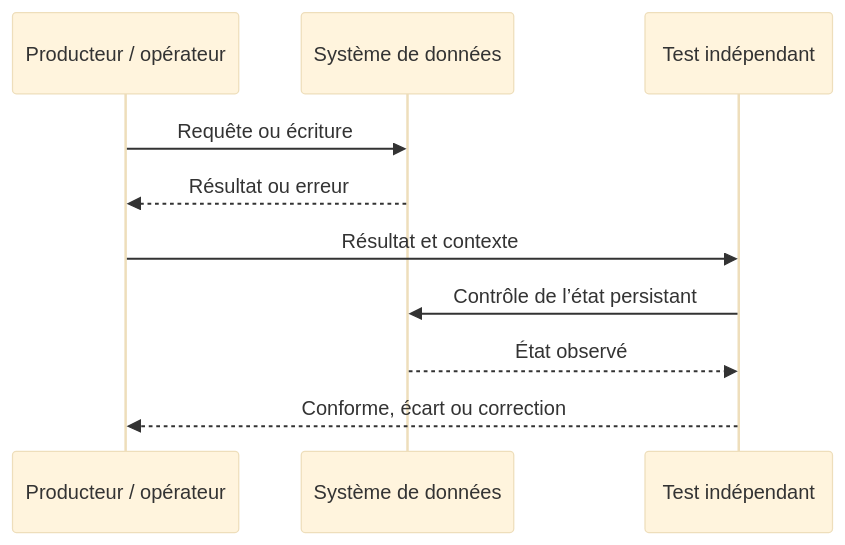
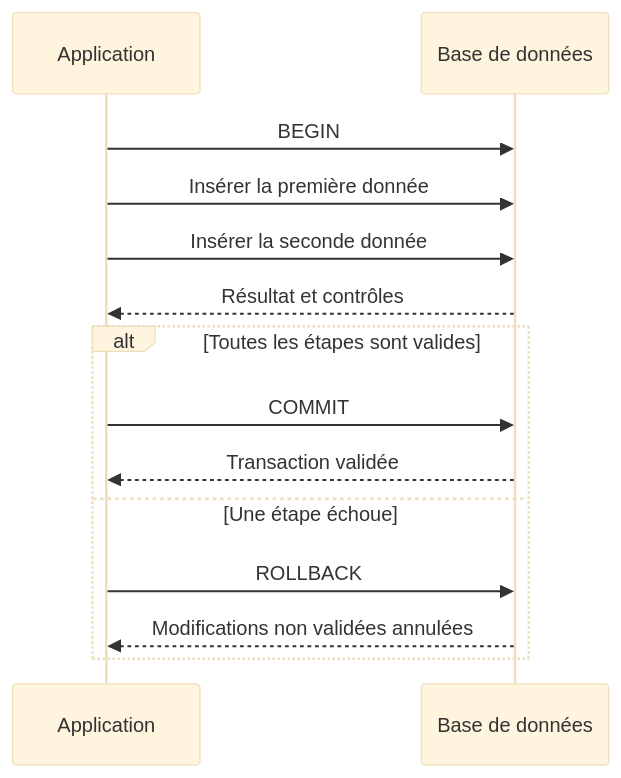
The fourth of 6 diagrams in content/lessons/data-sql-pratique-debutant.md (biggyseven/Skill-Tree), drawn with Mermaid (base theme) before and after one commit. The commit also changed other lines of this file, not shown here.

````diff
--- a/content/lessons/data-sql-pratique-debutant.md
+++ b/content/lessons/data-sql-pratique-debutant.md
@@ -123,12 +550,16 @@
-```mermaid
+~~~mermaid
 sequenceDiagram
-    participant P as Producteur / opérateur
-    participant DB as Système de données
-    participant T as Test indépendant
-    P->>DB: Requête ou écriture
-    DB-->>P: Résultat ou erreur
-    P->>T: Résultat et contexte
-    T->>DB: Contrôle de l’état persistant
-    DB-->>T: État observé
-    T-->>P: Conforme, écart ou correction
-```
+    participant App as Application
+    participant DB as Base de données
+    App->>DB: BEGIN
+    App->>DB: Insérer la première donnée
+    App->>DB: Insérer la seconde donnée
+    DB-->>App: Résultat et contrôles
+    alt Toutes les étapes sont valides
+        App->>DB: COMMIT
+        DB-->>App: Transaction validée
+    else Une étape échoue
+        App->>DB: ROLLBACK
+        DB-->>App: Modifications non validées annulées
+    end
+~~~
````
